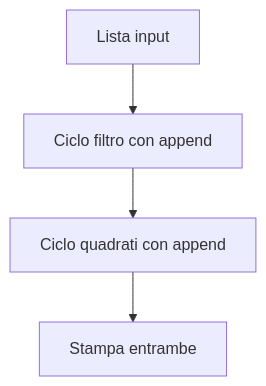
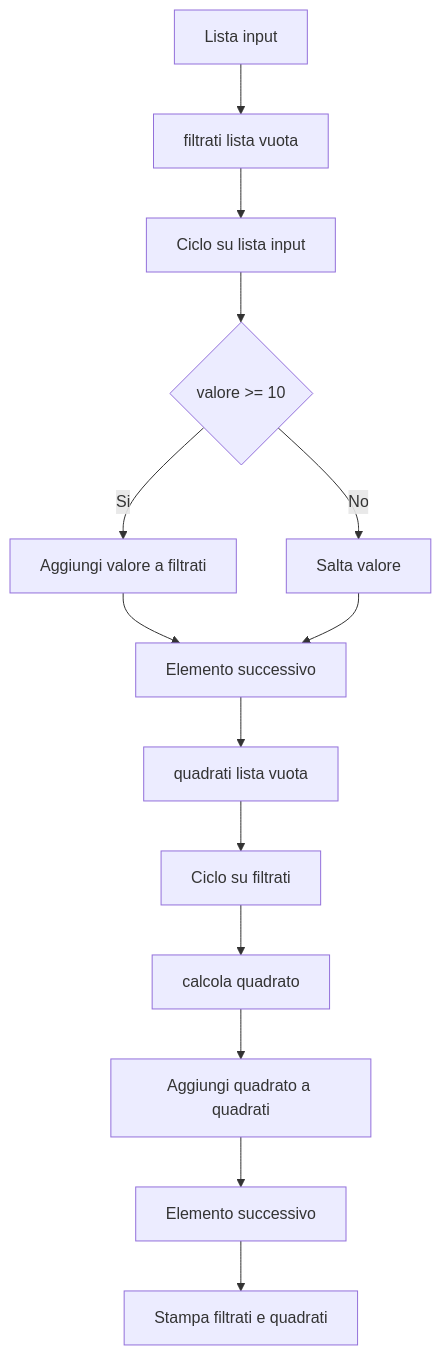
One commit to lucadagati/Lab_Fondamenti_di_Informatica_25_26 changed the seventh of 10 diagrams in 04-python-jupyter-analisi-biomedica/README.md. Above: the diagram before and after it, drawn with Mermaid. The commit also changed other lines of this file, not shown here.

First line of the commit message:
Migliora flowchart esercizi 5, 7 e 10

````diff
--- a/04-python-jupyter-analisi-biomedica/README.md
+++ b/04-python-jupyter-analisi-biomedica/README.md
@@ -169,6 +180,16 @@
 ```mermaid
 flowchart TD
-    A[Lista input] --> B[Ciclo filtro con append]
-    B --> C[Ciclo quadrati con append]
-    C --> D[Stampa entrambe]
+    A[Lista input] --> B[filtrati lista vuota]
+    B --> C[Ciclo su lista input]
+    C --> D{valore >= 10}
+    D -- Si --> E[Aggiungi valore a filtrati]
+    D -- No --> F[Salta valore]
+    E --> G[Elemento successivo]
+    F --> G
+    G --> H[quadrati lista vuota]
+    H --> I[Ciclo su filtrati]
+    I --> J[calcola quadrato]
+    J --> K[Aggiungi quadrato a quadrati]
+    K --> L[Elemento successivo]
+    L --> M[Stampa filtrati e quadrati]
 ```
````
